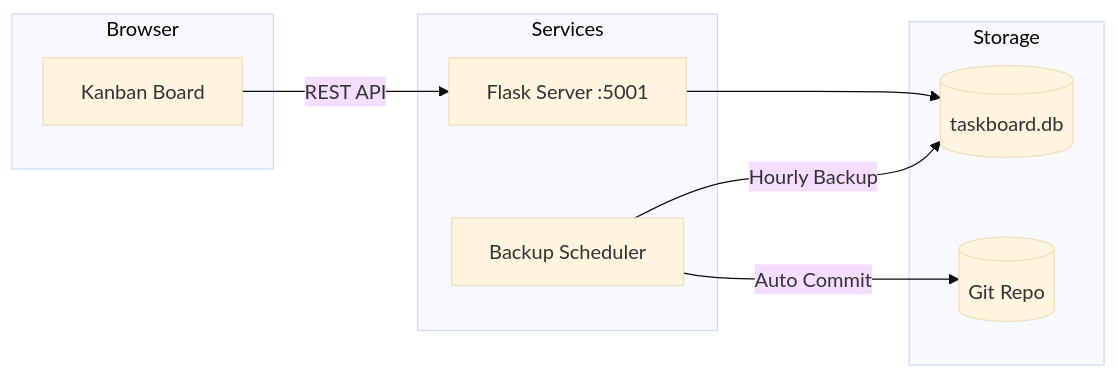
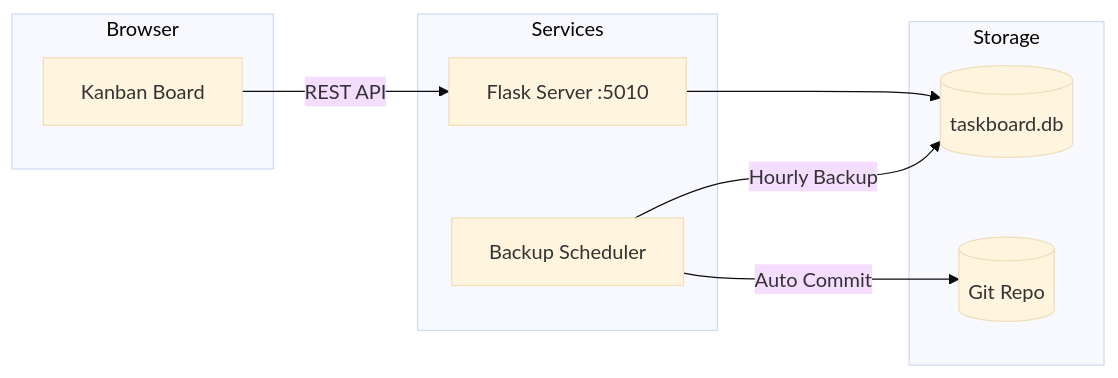
Before and after one commit to momonala/task-manager: the diagram in README.md, drawn with Mermaid (base theme). The commit also changed other lines of this file and 25 other files, not shown here.

````diff
--- a/README.md
+++ b/README.md
@@ -16,19 +16,19 @@
 ```mermaid
 flowchart LR
     subgraph Browser
         UI[Kanban Board]
     end
     subgraph Storage
         DB[(taskboard.db)]
         Git[(Git Repo)]
     end
     subgraph Services
-        Server[Flask Server :5001]
+        Server[Flask Server :5010]
         Scheduler[Backup Scheduler]
     end
     
     UI -->|REST API| Server
     Server --> DB
     Scheduler -->|Hourly Backup| DB
     Scheduler -->|Auto Commit| Git
 ```
````
